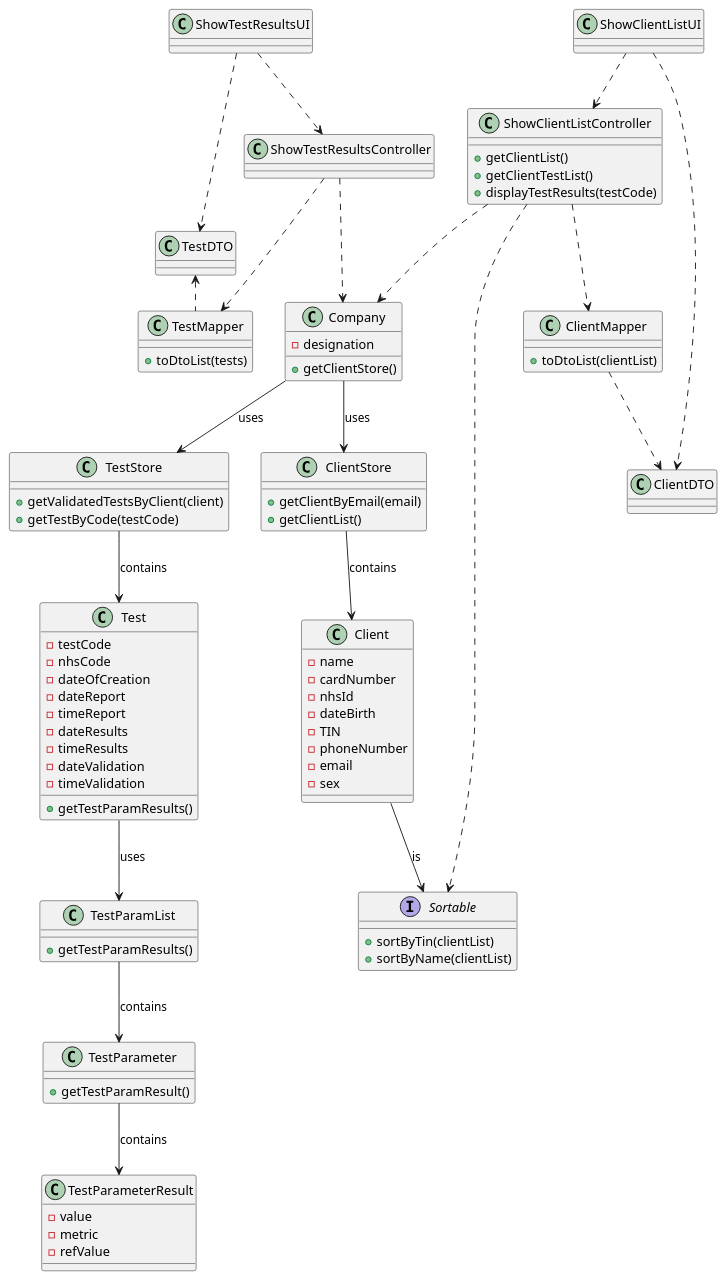
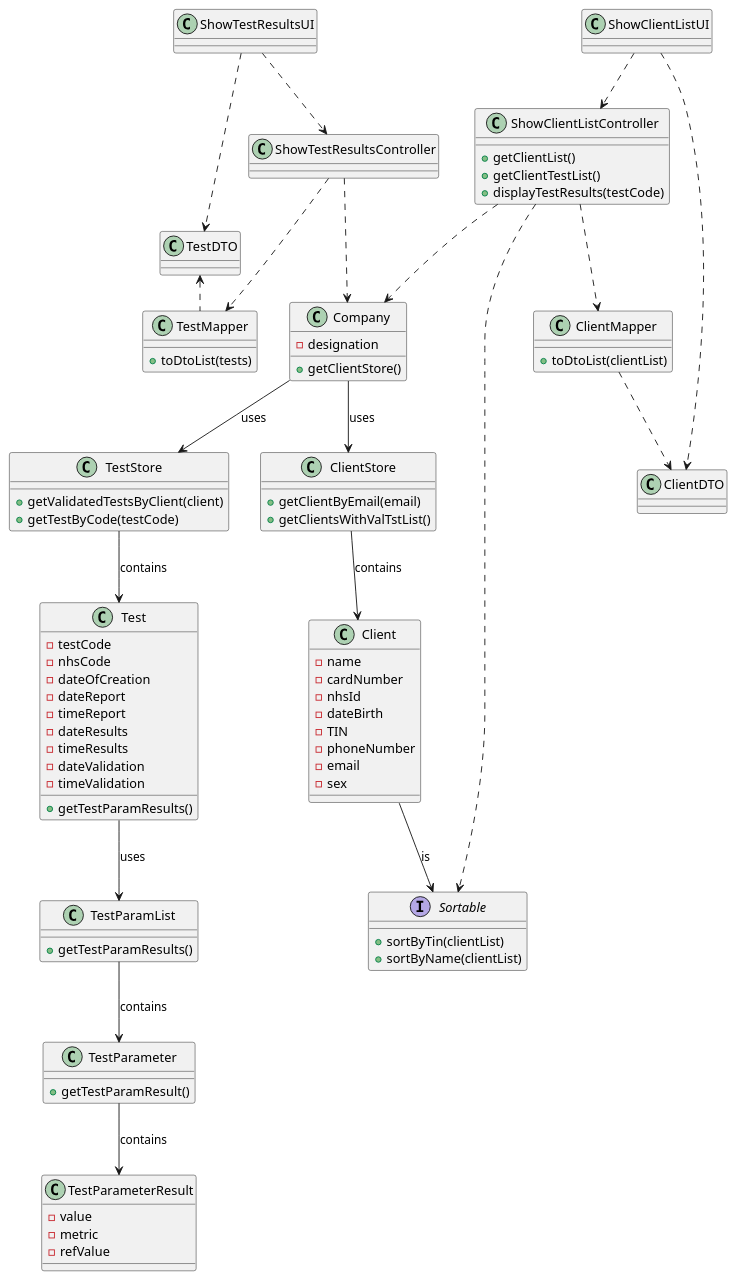
Before and after one commit to MadDinosaur/ISEP-LAPR2: the diagram in docs/SprintD/US13/US13_CD.puml, drawn with PlantUML. The commit also changed 6 other files, not shown here.

```diff
--- a/docs/SprintD/US13/US13_CD.puml
+++ b/docs/SprintD/US13/US13_CD.puml
@@ -1,106 +1,106 @@
 @startuml
 
 class ShowClientListUI
 
 class ShowClientListController{
 +getClientList()
 +getClientTestList()
 +displayTestResults(testCode)
 
 
 }
 
 class Client {
 - name
 - cardNumber
 - nhsId
 - dateBirth
 - TIN
 - phoneNumber
 - email
 - sex
 }
 
 class Company{
 -designation
 
 +getClientStore()
 }
 
 interface Sortable{
 +sortByTin(clientList)
 +sortByName(clientList)
 }
 
 class ClientStore {
 + getClientByEmail(email)
-+ getClientList()
++ getClientsWithValTstList()
 }
 
 class ClientMapper{
 + toDtoList(clientList)
 }
 
 class ClientDTO
 
 class ShowTestResultsUI
 
 class ShowTestResultsController
 
 class TestStore {
 + getValidatedTestsByClient(client)
 + getTestByCode(testCode)
 }
 
 class Test {
 - testCode
 - nhsCode
 - dateOfCreation
 - dateReport
 - timeReport
 - dateResults
 - timeResults
 - dateValidation
 - timeValidation
 + getTestParamResults()
 }
 
 class TestMapper {
 + toDtoList(tests)
 }
 
 class TestParamList {
 + getTestParamResults()
 }
 
 class TestParameter {
 + getTestParamResult()
 }
 
 class TestParameterResult {
 - value
 - metric
 - refValue
 }
 
 ShowClientListUI ..> ShowClientListController
 ShowClientListController ..> Company
 ShowClientListController ..> Sortable
 ShowClientListController ..> ClientMapper
 Client --> Sortable : is
 ClientStore --> Client : contains
 ClientMapper ..> ClientDTO
 ShowClientListUI ..> ClientDTO
 ShowTestResultsUI ..> ShowTestResultsController
 ShowTestResultsUI ..> TestDTO
 ShowTestResultsController ..> TestMapper
 TestMapper .left.> TestDTO
 ShowTestResultsController ..> Company
 Company --> ClientStore : uses
 Company --> TestStore : uses
 TestStore --> Test : contains
 Test --> TestParamList : uses
 TestParamList --> TestParameter : contains
 TestParameter --> TestParameterResult : contains
 
 @enduml
```
